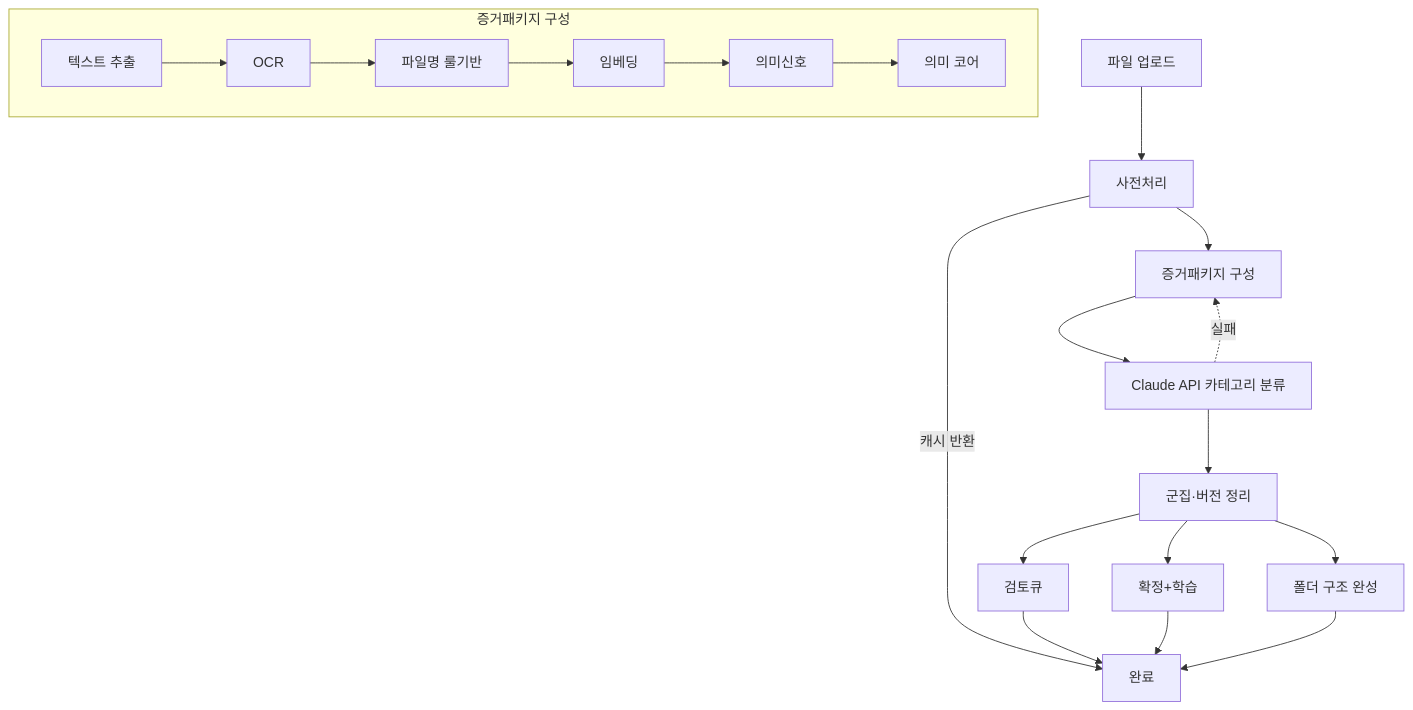
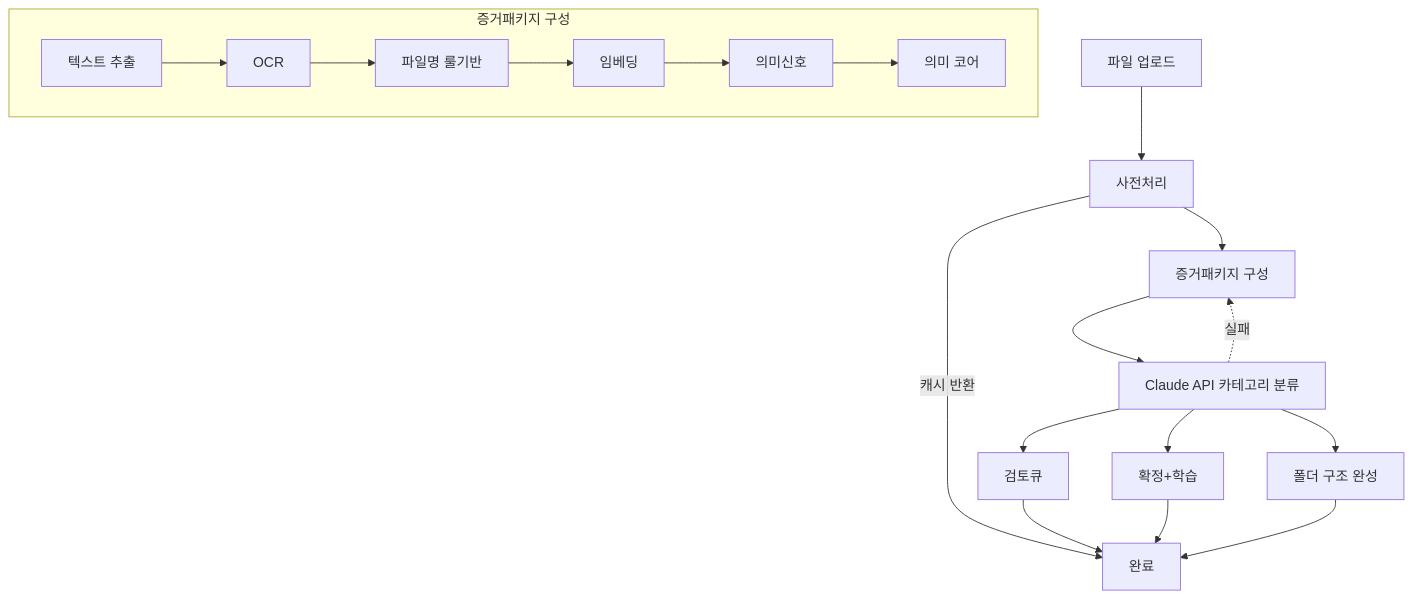
One commit to junyeop10/- changed the diagram in rules/CONVENTIONS.md. Above: the diagram before and after it, drawn with Mermaid. The commit also changed other lines of this file and 8 other files, not shown here.

First line of the commit message:
refactor: 플로우차트에 맞춰 HDBSCAN·버전 정리 비활성화

````diff
--- a/rules/CONVENTIONS.md
+++ b/rules/CONVENTIONS.md
@@ -101,24 +101,23 @@
 ```mermaid
 flowchart TD
     U[파일 업로드] --> P[사전처리]
     P -->|캐시 반환| DONE[완료]
     P --> EP[증거패키지 구성]
     subgraph EP_BOX[증거패키지 구성]
         T[텍스트 추출]
         OCR[OCR]
         R[파일명 룰기반]
         EMB[임베딩]
         SIG[의미신호]
         CORE[의미 코어]
         T --> OCR --> R --> EMB --> SIG --> CORE
     end
     EP --> CL[Claude API 카테고리 분류]
     CL -.실패.-> EP
-    CL --> G[군집·버전 정리]
-    G --> RQ[검토큐]
-    G --> CF[확정+학습]
-    G --> FD[폴더 구조 완성]
+    CL --> RQ[검토큐]
+    CL --> CF[확정+학습]
+    CL --> FD[폴더 구조 완성]
     RQ --> DONE
     CF --> DONE
     FD --> DONE
 ```
````
